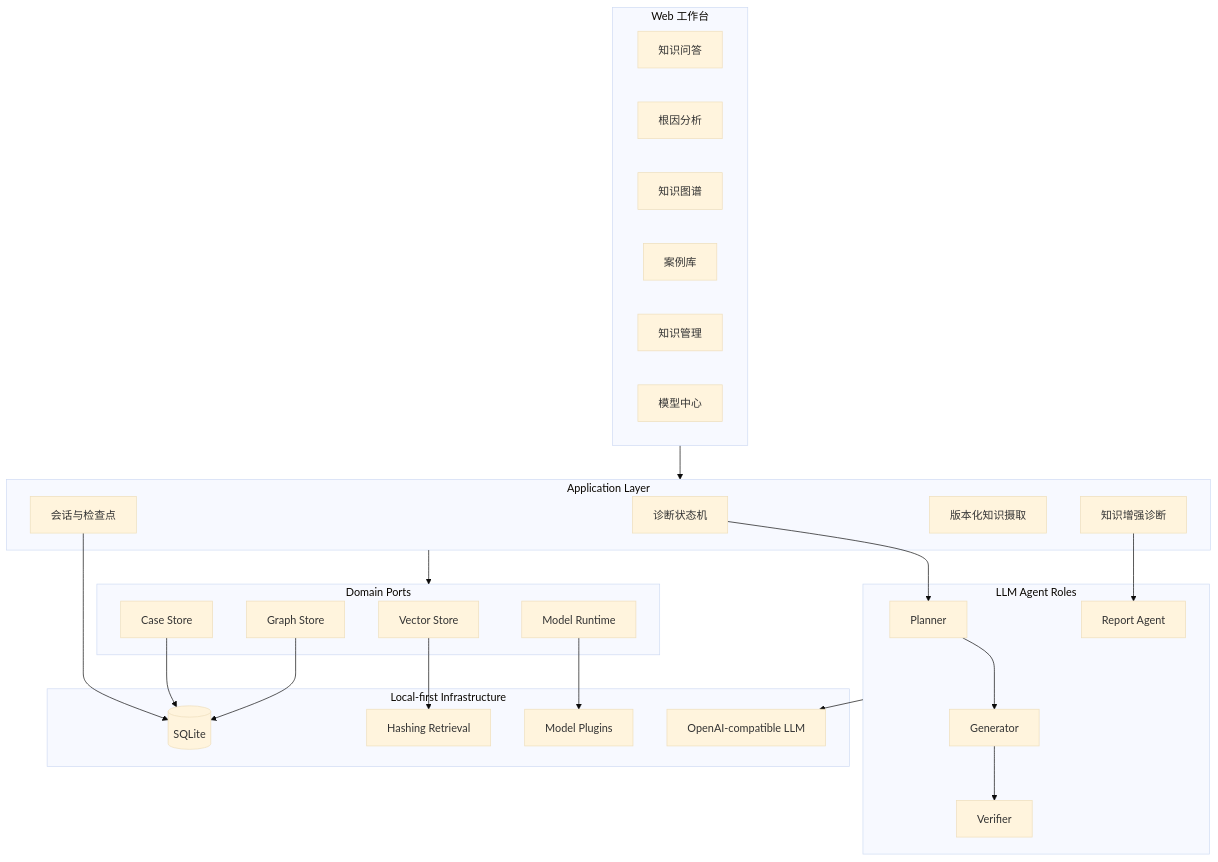
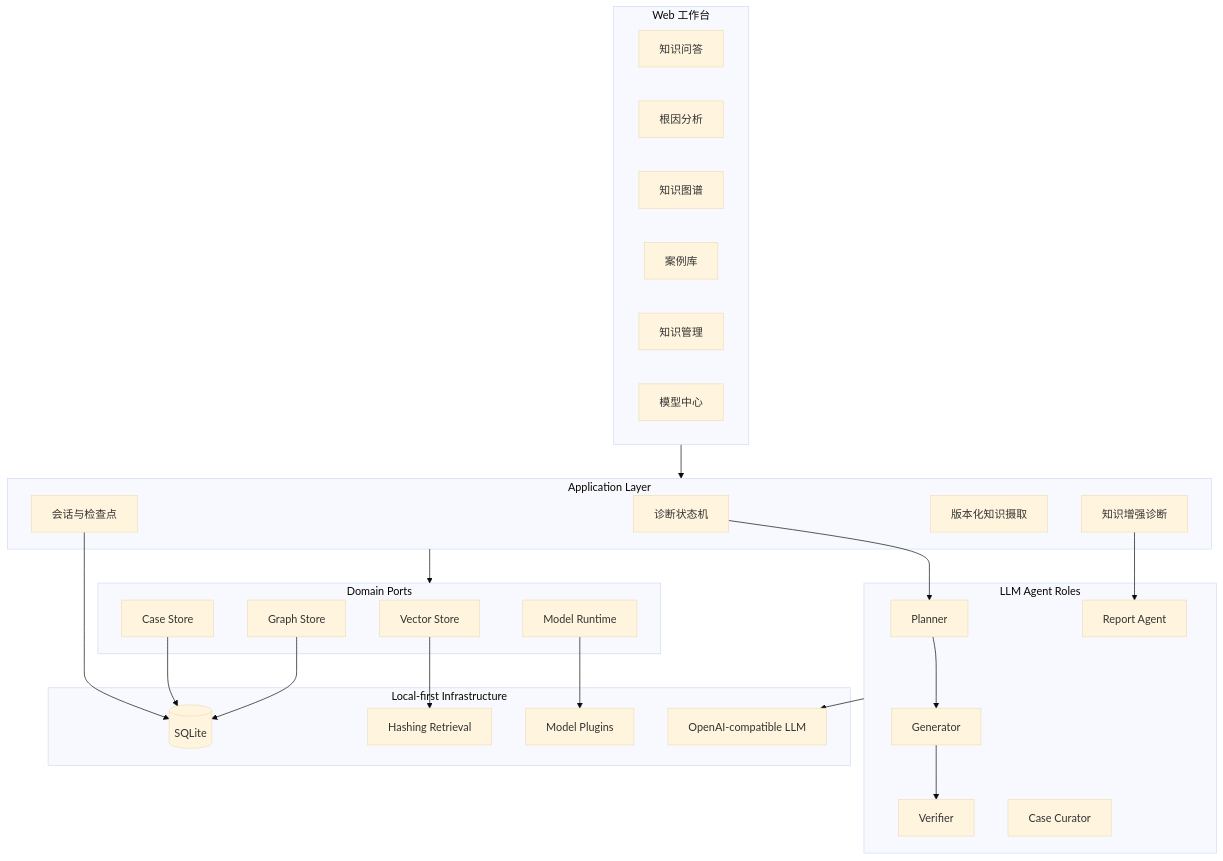
One commit to Inner-vic/AeroDiagnosis-Next changed the second of 2 diagrams in README.md. Above: the diagram before and after it, drawn with Mermaid (base theme). The commit also changed other lines of this file and 10 other files, not shown here.

````diff
--- a/README.md
+++ b/README.md
@@ -79,50 +83,51 @@
 ```mermaid
 flowchart TB
     subgraph UI[Web 工作台]
         QA[知识问答]
         RCA[根因分析]
         KG[知识图谱]
         CASE[案例库]
         KM[知识管理]
         MODEL[模型中心]
     end
 
     subgraph APP[Application Layer]
         WF[诊断状态机]
         KE[知识增强诊断]
         ING[版本化知识摄取]
         MEM[会话与检查点]
     end
 
     subgraph AGENT[LLM Agent Roles]
         PLAN[Planner]
         GEN[Generator]
         VERIFY[Verifier]
         REPORT[Report Agent]
+        CURATOR[Case Curator]
     end
 
     subgraph PORTS[Domain Ports]
         VECTOR[Vector Store]
         GRAPH[Graph Store]
         CASEPORT[Case Store]
         MODELRUNTIME[Model Runtime]
     end
 
     subgraph LOCAL[Local-first Infrastructure]
         SQLITE[(SQLite)]
         HASH[Hashing Retrieval]
         PLUGIN[Model Plugins]
         LLM[OpenAI-compatible LLM]
     end
 
     UI --> APP
     WF --> PLAN --> GEN --> VERIFY
     KE --> REPORT
     APP --> PORTS
     VECTOR --> HASH
     GRAPH --> SQLITE
     CASEPORT --> SQLITE
     MEM --> SQLITE
     MODELRUNTIME --> PLUGIN
     AGENT --> LLM
 ```
````
